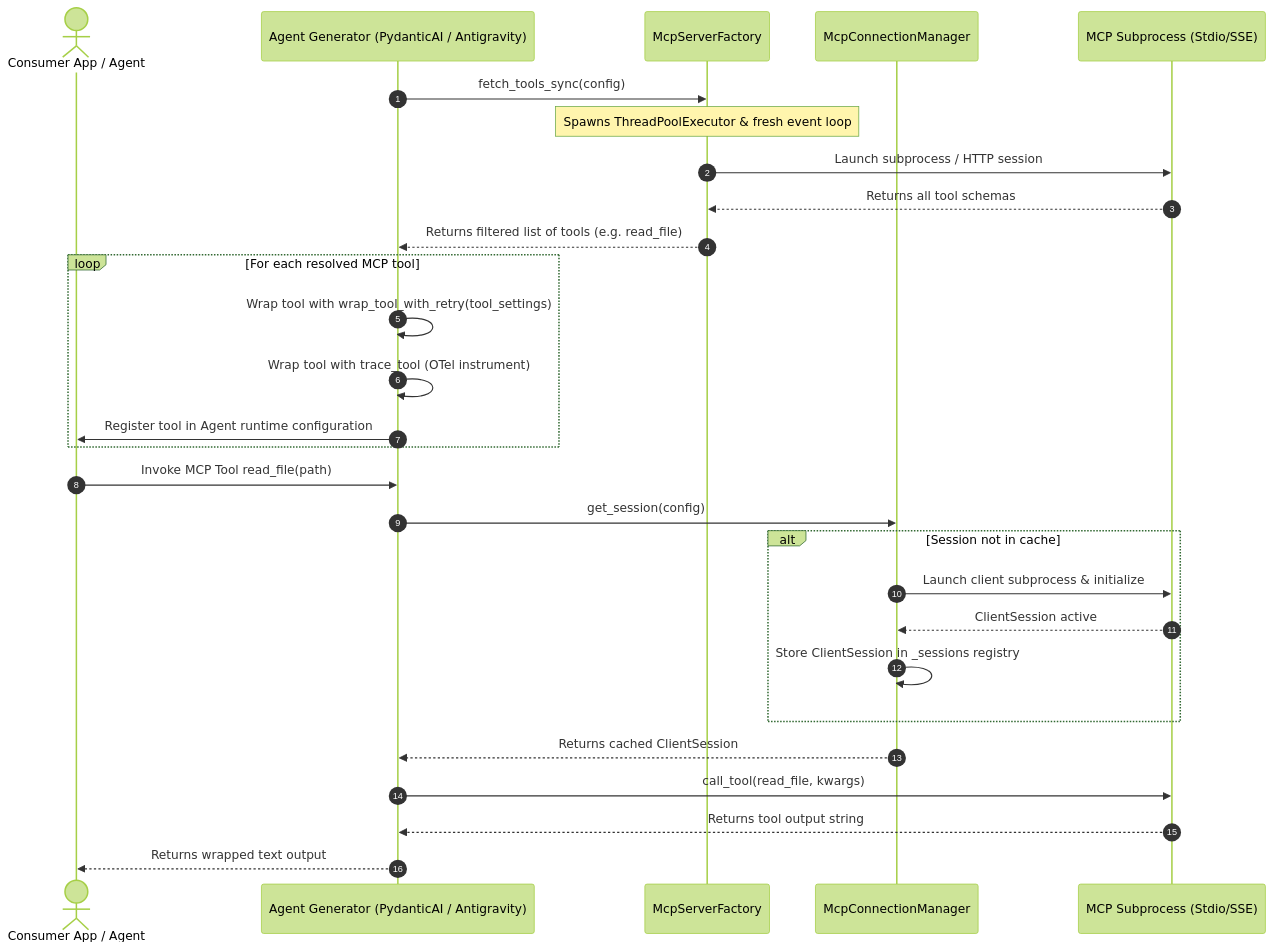
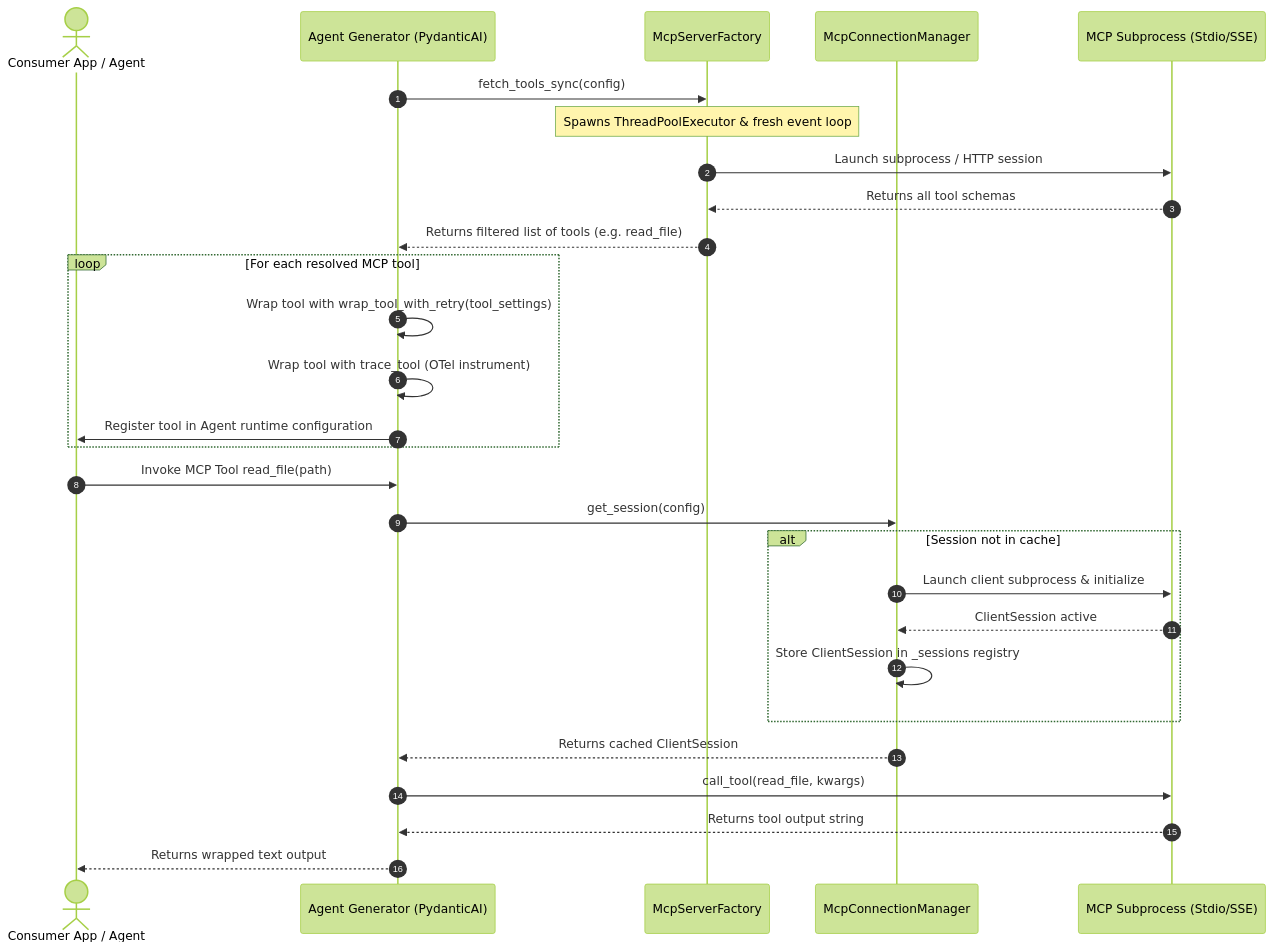
One commit to fortis3000/agentic_template changed the diagram in docs/agents/mcp_integration.md. Above: the diagram before and after it, drawn with Mermaid (forest theme). The commit also changed 24 other files, not shown here.

Commit message:
refactor(agents): exclude google antigravity agent (#73) (#75)

````diff
--- a/docs/agents/mcp_integration.md
+++ b/docs/agents/mcp_integration.md
@@ -50,33 +50,33 @@
 ```mermaid
 sequenceDiagram
     autonumber
     actor Consumer as Consumer App / Agent
-    participant Gen as Agent Generator (PydanticAI / Antigravity)
+    participant Gen as Agent Generator (PydanticAI)
     participant Factory as McpServerFactory
     participant Cache as McpConnectionManager
     participant Subprocess as MCP Subprocess (Stdio/SSE)
 
     Gen->>Factory: fetch_tools_sync(config)
     Note over Factory: Spawns ThreadPoolExecutor & fresh event loop
     Factory->>Subprocess: Launch subprocess / HTTP session
     Subprocess-->>Factory: Returns all tool schemas
     Factory-->>Gen: Returns filtered list of tools (e.g. read_file)
     
     loop For each resolved MCP tool
         Gen->>Gen: Wrap tool with wrap_tool_with_retry(tool_settings)
         Gen->>Gen: Wrap tool with trace_tool (OTel instrument)
         Gen->>Consumer: Register tool in Agent runtime configuration
     end
 
     Consumer->>Gen: Invoke MCP Tool read_file(path)
     Gen->>Cache: get_session(config)
     alt Session not in cache
         Cache->>Subprocess: Launch client subprocess & initialize
         Subprocess-->>Cache: ClientSession active
         Cache->>Cache: Store ClientSession in _sessions registry
     end
     Cache-->>Gen: Returns cached ClientSession
     Gen->>Subprocess: call_tool(read_file, kwargs)
     Subprocess-->>Gen: Returns tool output string
     Gen-->>Consumer: Returns wrapped text output
 ```
````
